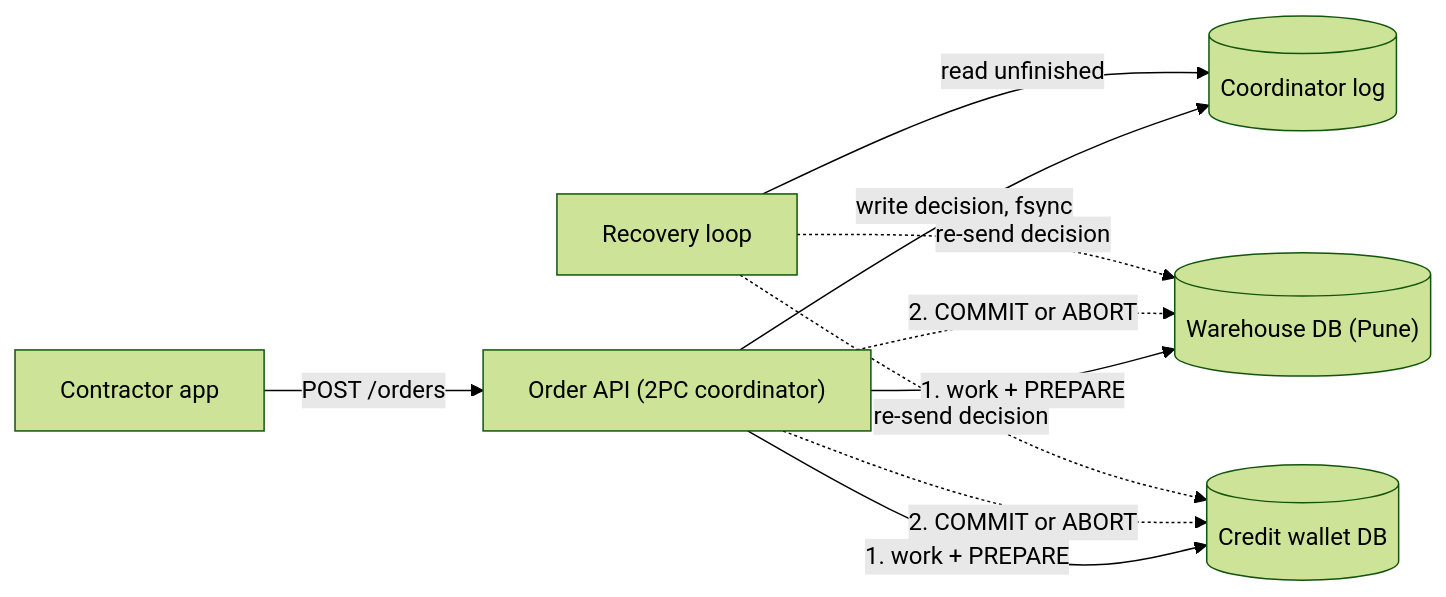
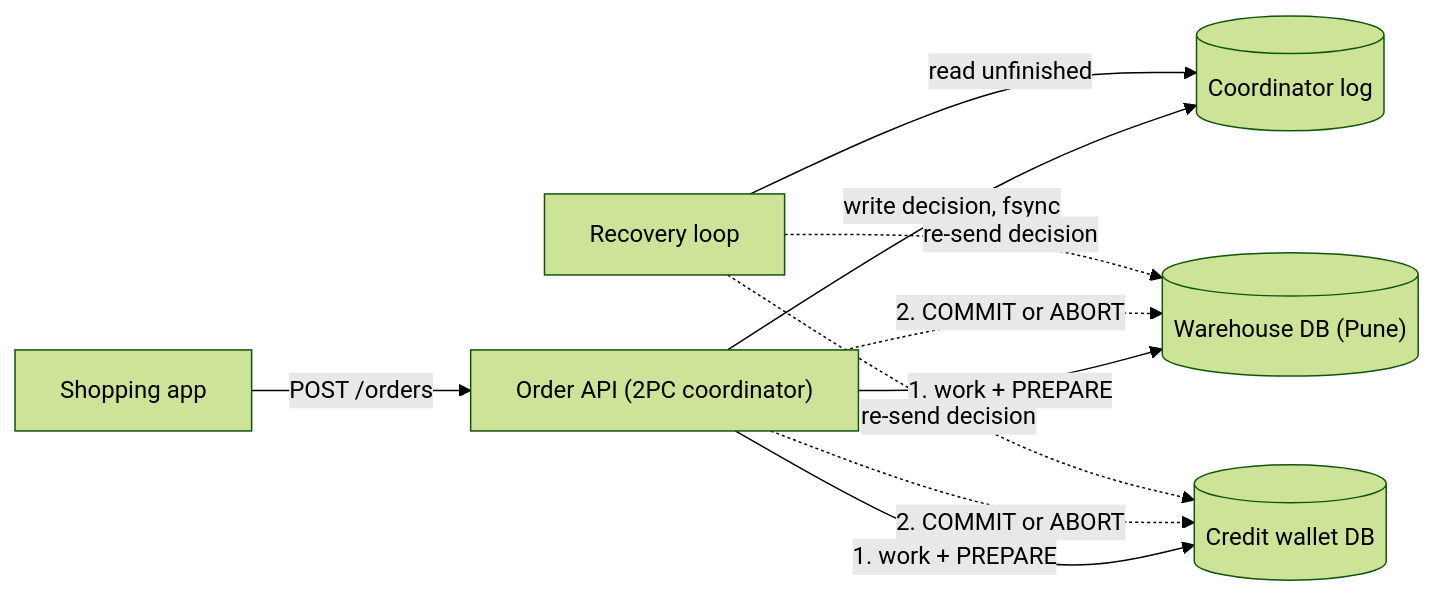
The first of 3 diagrams in content/lessons/m13/m13-distributed-transactions.md (rizwi0786/system-design-lab), drawn with Mermaid (forest theme) before and after one commit. The commit also changed other lines of this file and 334 other files, not shown here.

````diff
--- a/content/lessons/m13/m13-distributed-transactions.md
+++ b/content/lessons/m13/m13-distributed-transactions.md
@@ -233,12 +234,12 @@
 ```mermaid
 flowchart LR
-    C["Contractor app"] -->|"POST /orders"| API["Order API (2PC coordinator)"]
+    C["Shopping app"] -->|"POST /orders"| API["Order API (2PC coordinator)"]
     API -->|"write decision, fsync"| LOG[("Coordinator log")]
     API -->|"1. work + PREPARE"| INV[("Warehouse DB (Pune)")]
     API -->|"1. work + PREPARE"| WAL[("Credit wallet DB")]
     API -.->|"2. COMMIT or ABORT"| INV
     API -.->|"2. COMMIT or ABORT"| WAL
     REC["Recovery loop"] -->|"read unfinished"| LOG
     REC -.->|"re-send decision"| INV
     REC -.->|"re-send decision"| WAL
 ```
````
